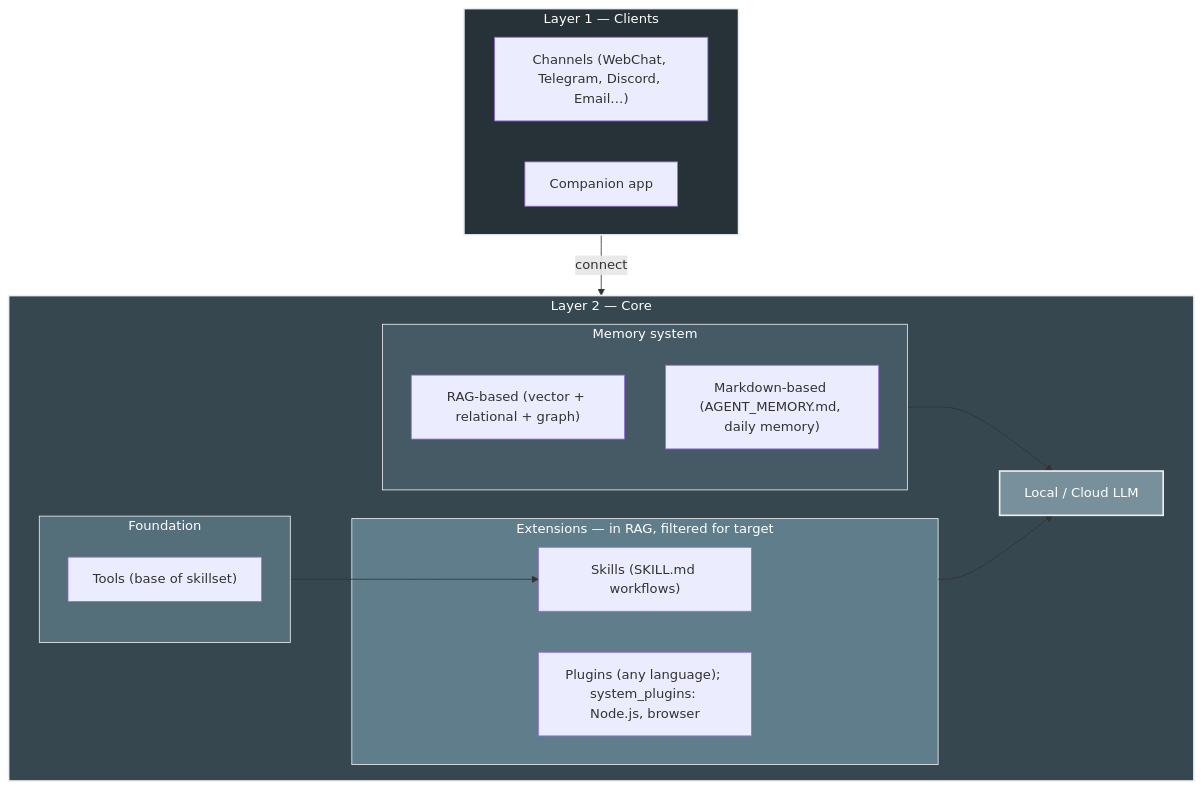
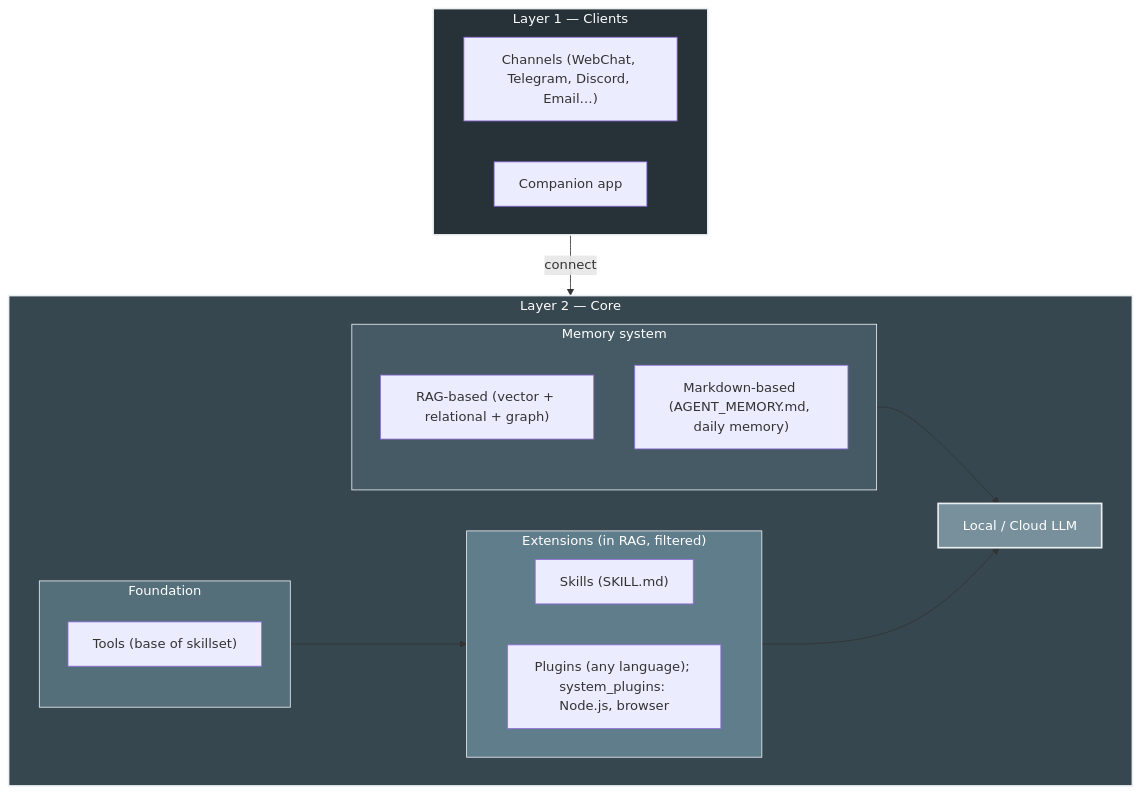
The first of 3 diagrams in README.md (allenpeng0705/HomeClaw), drawn with Mermaid before and after one commit.

````diff
--- a/README.md
+++ b/README.md
@@ -56,35 +56,36 @@
 ```mermaid
 flowchart TB
   subgraph Clients["Layer 1 — Clients"]
     direction LR
     CH["Channels (WebChat, Telegram, Discord, Email…)"]
     APP["Companion app"]
   end
 
   subgraph Core["Layer 2 — Core"]
     subgraph Memory["Memory system"]
       RAG["RAG-based (vector + relational + graph)"]
       MD["Markdown-based (AGENT_MEMORY.md, daily memory)"]
     end
     subgraph Base["Foundation"]
       T["Tools (base of skillset)"]
     end
-    subgraph Ext["Extensions — in RAG, filtered for target"]
-      S["Skills (SKILL.md workflows)"]
+    subgraph Ext["Extensions (in RAG, filtered)"]
+      direction LR
+      S["Skills (SKILL.md)"]
       P["Plugins (any language); system_plugins: Node.js, browser"]
     end
     LLM["Local / Cloud LLM"]
   end
 
   Clients -->|"connect"| Core
   Memory --> LLM
   Base --> S
   Ext --> LLM
 
   style Clients fill:#263238,stroke:#eceff1,stroke-width:2px,color:#fff
   style Core fill:#37474f,stroke:#eceff1,stroke-width:2px,color:#fff
   style Memory fill:#455a64,stroke:#eceff1,stroke-width:1px,color:#fff
   style Base fill:#546e7a,stroke:#eceff1,stroke-width:1px,color:#fff
   style Ext fill:#607d8b,stroke:#eceff1,stroke-width:1px,color:#fff
   style LLM fill:#78909c,stroke:#eceff1,stroke-width:2px,color:#fff
 ```
````
